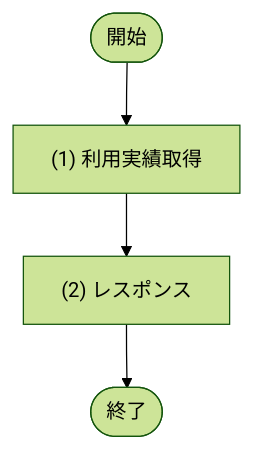
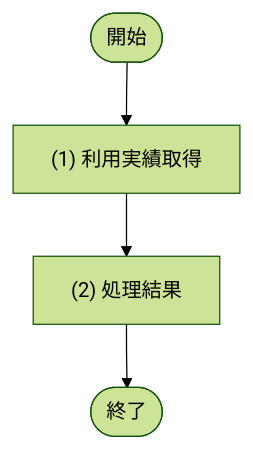
Before and after one commit to sikakou54/system-document-template: the second of 3 diagrams in docs/02_機能設計/05_モジュール設計/MOD-005_利用実績サービス.md, drawn with Mermaid (forest theme). The commit also changed other lines of this file and 22 other files, not shown here.

````diff
--- a/docs/02_機能設計/05_モジュール設計/MOD-005_利用実績サービス.md
+++ b/docs/02_機能設計/05_モジュール設計/MOD-005_利用実績サービス.md
@@ -129,9 +130,9 @@
 ```mermaid
 flowchart TD
   Start([開始])
   P1["(1) 利用実績取得"]
-  P2["(2) レスポンス"]
+  P2["(2) 処理結果"]
   End([終了])
 
   Start --> P1 --> P2 --> End
 ```
````
